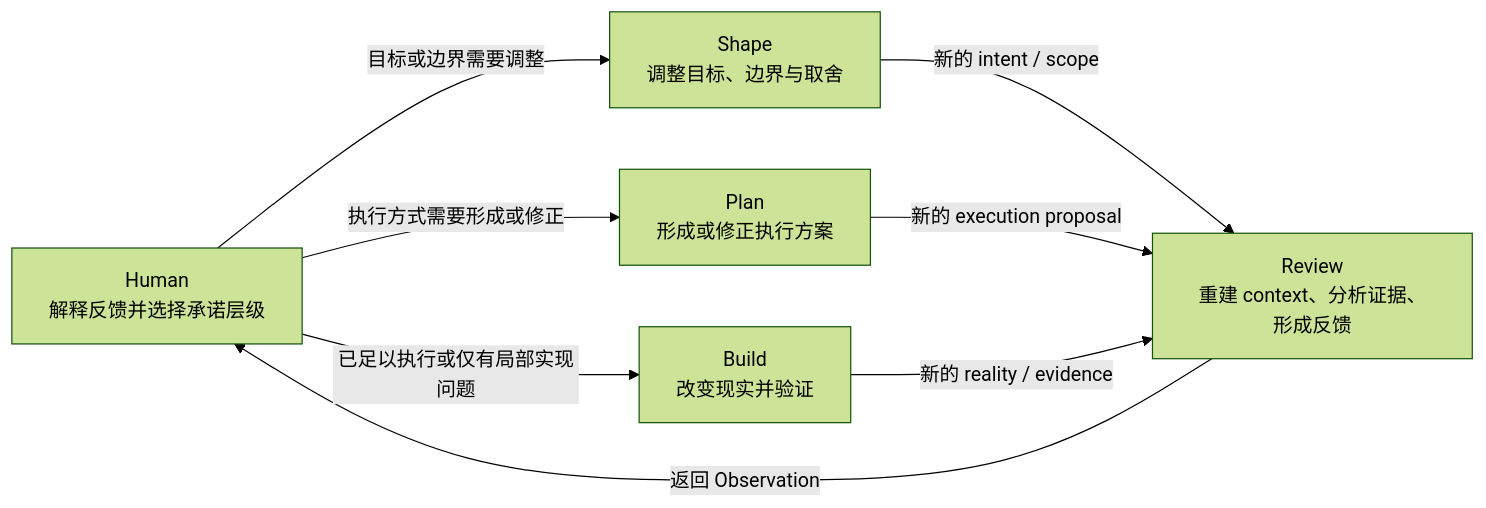
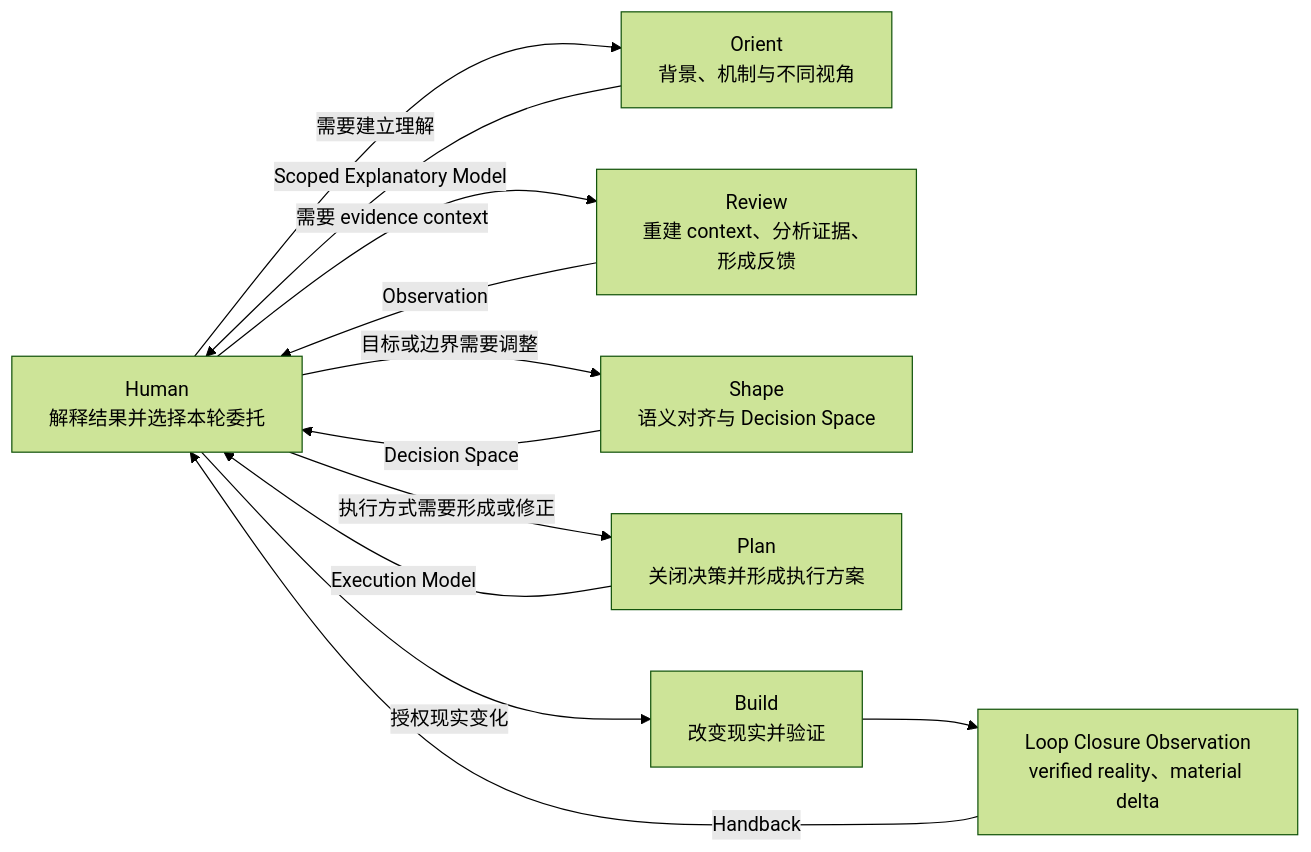
One commit to FlutteryEmbers/human-react changed the first of 8 diagrams in .human-react/loop.md. Above: the diagram before and after it, drawn with Mermaid (forest theme). The commit also changed other lines of this file and 17 other files, not shown here.

````diff
--- a/.human-react/loop.md
+++ b/.human-react/loop.md
@@ -13,16 +13,22 @@
 ```mermaid
 flowchart LR
-    H["Human<br/>解释反馈并选择承诺层级"]
+    H["Human<br/>解释结果并选择本轮委托"]
+    O["Orient<br/>背景、机制与不同视角"]
     R["Review<br/>重建 context、分析证据、形成反馈"]
-    S["Shape<br/>调整目标、边界与取舍"]
-    P["Plan<br/>形成或修正执行方案"]
+    S["Shape<br/>语义对齐与 Decision Space"]
+    P["Plan<br/>关闭决策并形成执行方案"]
     B["Build<br/>改变现实并验证"]
+    C["Loop Closure Observation<br/>verified reality、material delta"]
 
-    R -->|"返回 Observation"| H
+    H -->|"需要建立理解"| O
+    H -->|"需要 evidence context"| R
     H -->|"目标或边界需要调整"| S
     H -->|"执行方式需要形成或修正"| P
-    H -->|"已足以执行或仅有局部实现问题"| B
-    S -->|"新的 intent / scope"| R
-    P -->|"新的 execution proposal"| R
-    B -->|"新的 reality / evidence"| R
+    H -->|"授权现实变化"| B
+    O -->|"Scoped Explanatory Model"| H
+    R -->|"Observation"| H
+    S -->|"Decision Space"| H
+    P -->|"Execution Model"| H
+    B --> C
+    C -->|"Handback"| H
 ```
````
